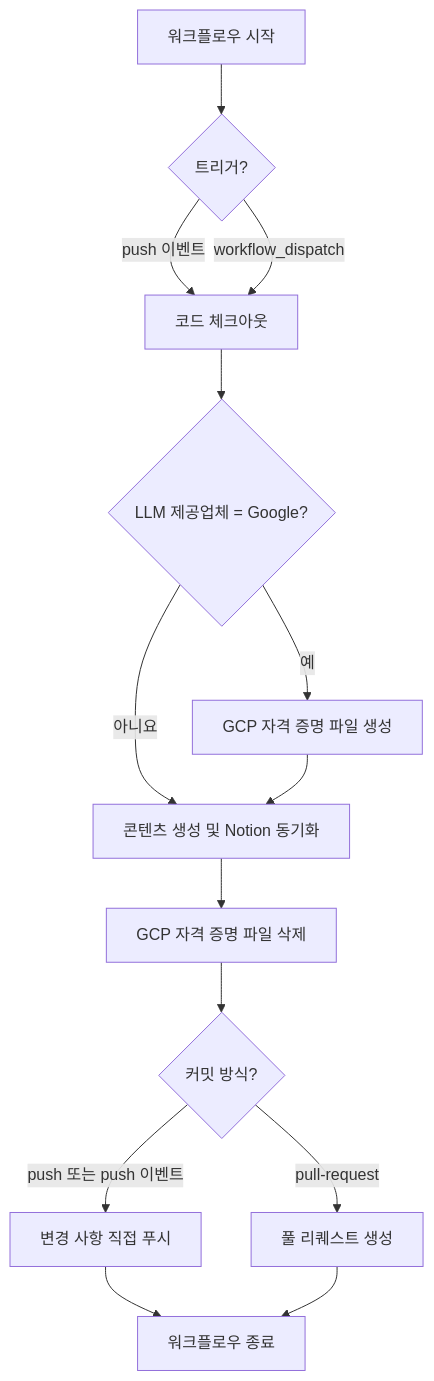
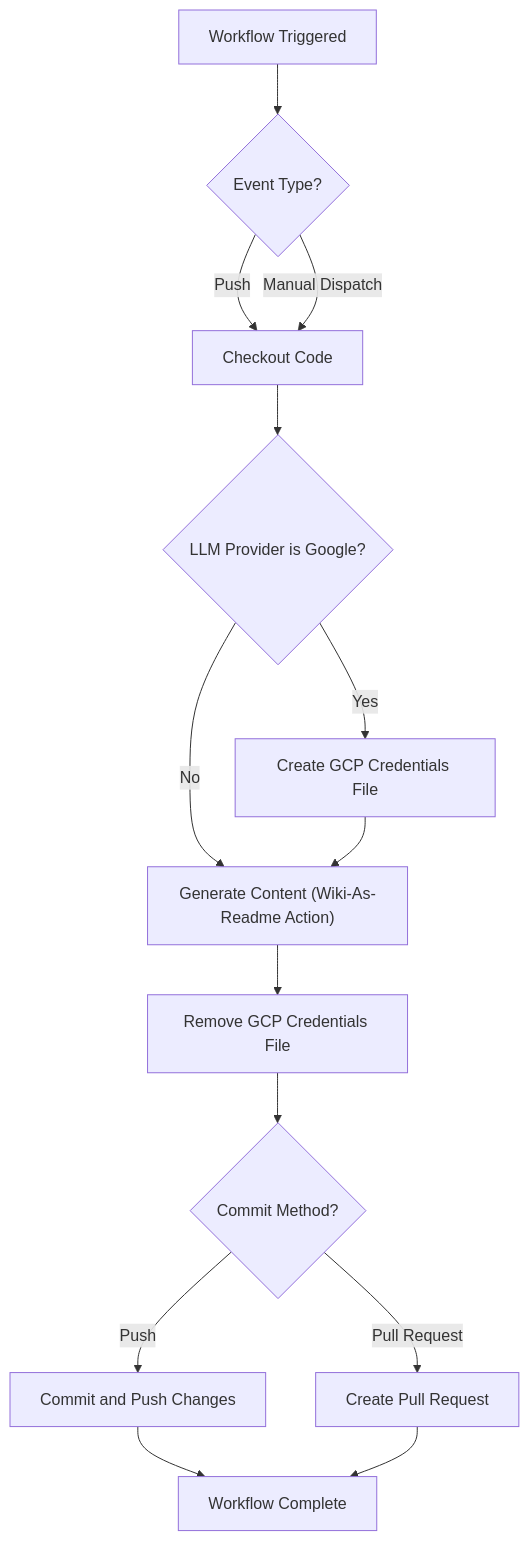
The seventh of 19 diagrams in examples/wiki_as_README.md (catuscio/wiki-as-readme), drawn with Mermaid before and after one commit. The commit also changed other lines of this file, not shown here.

Commit message:
✨📚 Update examples/wiki_as_README.md via Wiki-As-Readme Action (en)

````diff
--- a/examples/wiki_as_README.md
+++ b/examples/wiki_as_README.md
@@ -673,16 +623,16 @@
 ```mermaid
 graph TD
-    A["워크플로우 시작"] --> B{"트리거?"}
-    B -- "push 이벤트" --> C["코드 체크아웃"]
-    B -- "workflow_dispatch" --> C
-    C --> D{"LLM 제공업체 = Google?"}
-    D -- "예" --> E["GCP 자격 증명 파일 생성"]
-    D -- "아니요" --> F["콘텐츠 생성 및 Notion 동기화"]
+    A["Workflow Triggered"] --> B{"Event Type?"}
+    B -- "Push" --> C["Checkout Code"]
+    B -- "Manual Dispatch" --> C
+    C --> D{"LLM Provider is Google?"}
+    D -- "Yes" --> E["Create GCP Credentials File"]
+    D -- "No" --> F["Generate Content (Wiki-As-Readme Action)"]
     E --> F
-    F --> G["GCP 자격 증명 파일 삭제"]
-    G --> H{"커밋 방식?"}
-    H -- "push 또는 push 이벤트" --> I["변경 사항 직접 푸시"]
-    H -- "pull-request" --> J["풀 리퀘스트 생성"]
-    I --> K["워크플로우 종료"]
+    F --> G["Remove GCP Credentials File"]
+    G --> H{"Commit Method?"}
+    H -- "Push" --> I["Commit and Push Changes"]
+    H -- "Pull Request" --> J["Create Pull Request"]
+    I --> K["Workflow Complete"]
     J --> K
 ```
````
